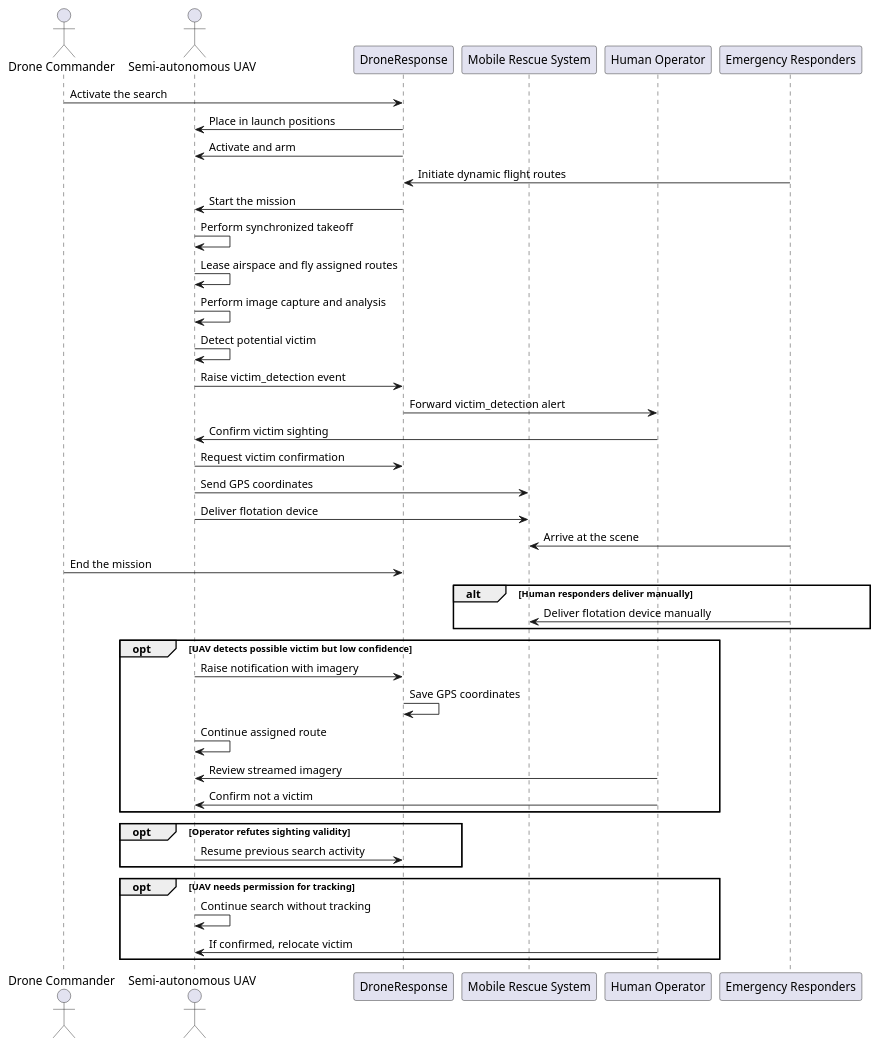
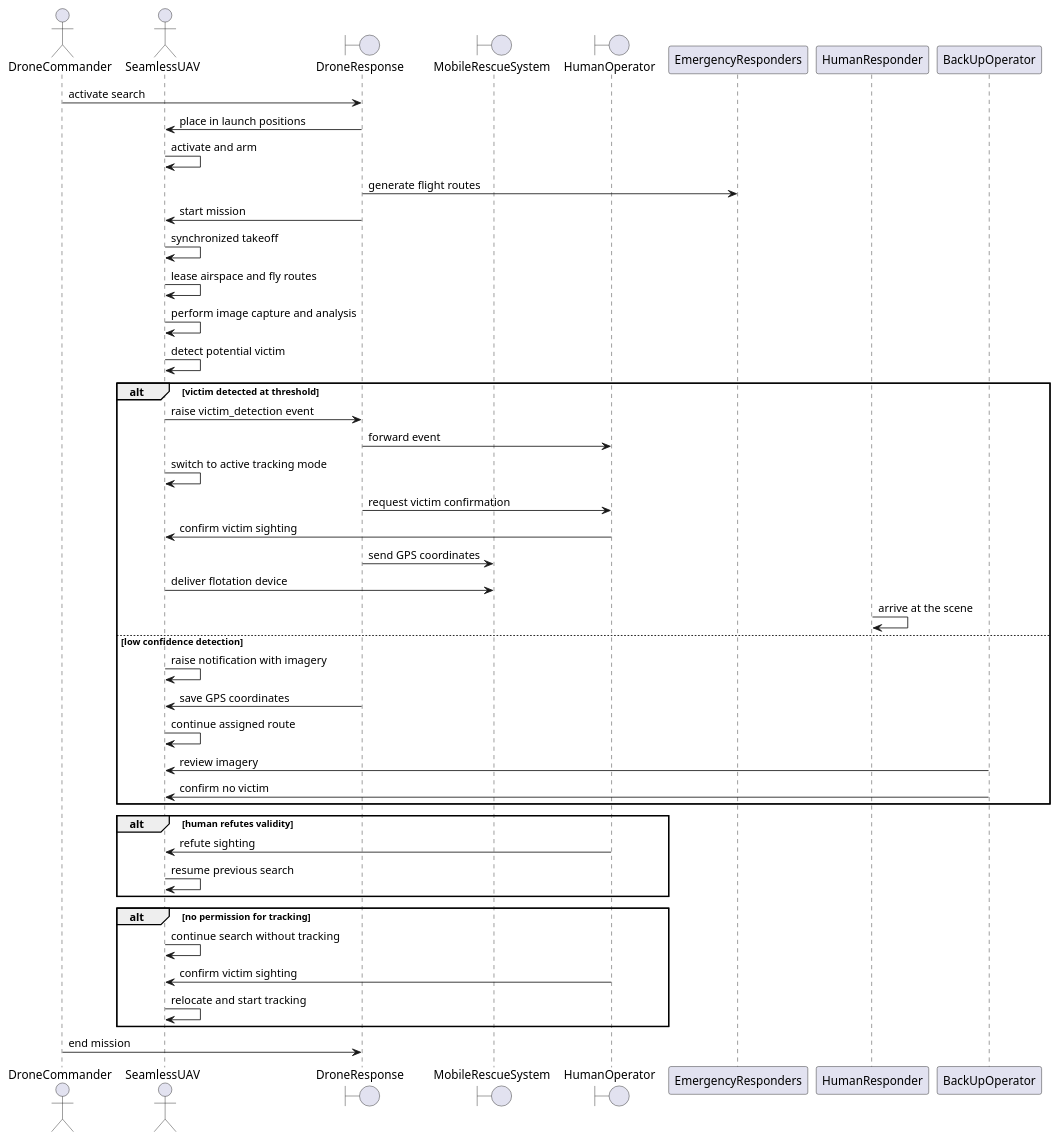
One commit to wbfenijo/Bakalarka changed the diagram in data/outputsAI/SD1.puml. Above: the diagram before and after it, drawn with PlantUML. The commit also changed other lines of this file and 2 other files, not shown here.

```diff
--- a/data/outputsAI/SD1.puml
+++ b/data/outputsAI/SD1.puml
@@ -2,47 +1,43 @@
 @startuml
-actor "Drone Commander" as Commander
-actor "Semi-autonomous UAV" as UAV
-participant "DroneResponse" as Response
-participant "Mobile Rescue System" as Rescue
-participant "Human Operator" as Operator
-participant "Emergency Responders" as Responders
+actor DroneCommander
+actor SeamlessUAV
+boundary DroneResponse
+boundary MobileRescueSystem
+boundary HumanOperator
 
-Commander -> Response : Activate the search
-Response -> UAV : Place in launch positions
-Response -> UAV : Activate and arm
-Responders -> Response : Initiate dynamic flight routes
-Response -> UAV : Start the mission
-UAV -> UAV : Perform synchronized takeoff
-UAV -> UAV : Lease airspace and fly assigned routes
-UAV -> UAV : Perform image capture and analysis
-UAV -> UAV : Detect potential victim
-UAV -> Response : Raise victim_detection event
-Response -> Operator : Forward victim_detection alert
-Operator -> UAV : Confirm victim sighting
-UAV -> Response : Request victim confirmation
-UAV -> Rescue : Send GPS coordinates
-UAV -> Rescue : Deliver flotation device
-Responders -> Rescue : Arrive at the scene
-Commander -> Response : End the mission
-
-alt Human responders deliver manually
-    Responders -> Rescue : Deliver flotation device manually
+DroneCommander -> DroneResponse : activate search
+DroneResponse -> SeamlessUAV : place in launch positions
+SeamlessUAV -> SeamlessUAV : activate and arm
+DroneResponse -> EmergencyResponders : generate flight routes
+DroneResponse -> SeamlessUAV : start mission
+SeamlessUAV -> SeamlessUAV : synchronized takeoff
+SeamlessUAV -> SeamlessUAV : lease airspace and fly routes
+SeamlessUAV -> SeamlessUAV : perform image capture and analysis
+SeamlessUAV -> SeamlessUAV : detect potential victim
+alt victim detected at threshold
+    SeamlessUAV -> DroneResponse : raise victim_detection event
+    DroneResponse -> HumanOperator : forward event
+    SeamlessUAV -> SeamlessUAV : switch to active tracking mode
+    DroneResponse -> HumanOperator : request victim confirmation
+    HumanOperator -> SeamlessUAV : confirm victim sighting
+    DroneResponse -> MobileRescueSystem : send GPS coordinates
+    SeamlessUAV -> MobileRescueSystem : deliver flotation device
+    HumanResponder -> HumanResponder : arrive at the scene
+else low confidence detection
+    SeamlessUAV -> SeamlessUAV : raise notification with imagery
+    DroneResponse -> SeamlessUAV : save GPS coordinates
+    SeamlessUAV -> SeamlessUAV : continue assigned route
+    BackUpOperator -> SeamlessUAV : review imagery
+    BackUpOperator -> SeamlessUAV : confirm no victim
 end
-
-opt UAV detects possible victim but low confidence
-    UAV -> Response : Raise notification with imagery
-    Response -> Response : Save GPS coordinates
-    UAV -> UAV : Continue assigned route
-    Operator -> UAV : Review streamed imagery
-    Operator -> UAV : Confirm not a victim
+alt human refutes validity
+    HumanOperator -> SeamlessUAV : refute sighting
+    SeamlessUAV -> SeamlessUAV : resume previous search
 end
-
-opt Operator refutes sighting validity
-    UAV -> Response : Resume previous search activity
+alt no permission for tracking
+    SeamlessUAV -> SeamlessUAV : continue search without tracking
+    HumanOperator -> SeamlessUAV : confirm victim sighting
+    SeamlessUAV -> SeamlessUAV : relocate and start tracking
 end
-
-opt UAV needs permission for tracking
-    UAV -> UAV : Continue search without tracking
-    Operator -> UAV : If confirmed, relocate victim
-end
+DroneCommander -> DroneResponse : end mission
 @enduml
```
